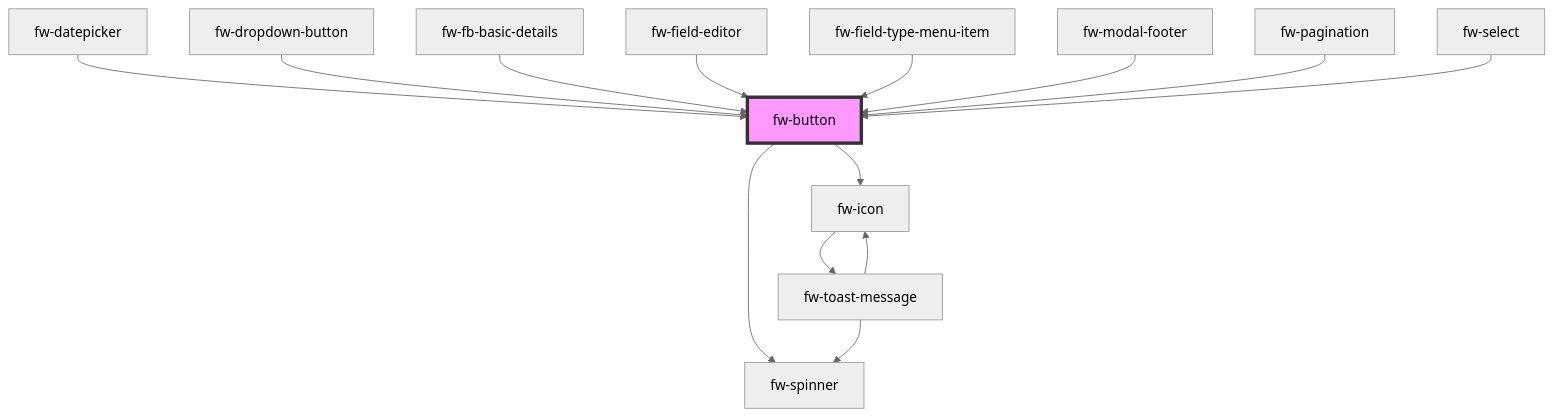
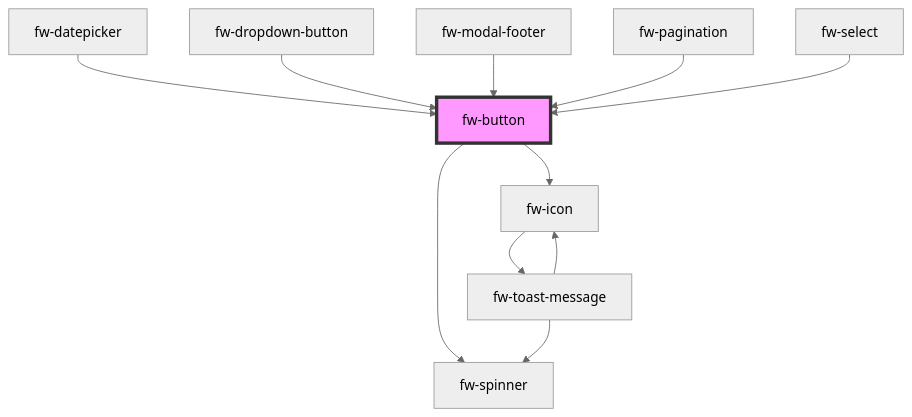
The diagram in packages/crayons-core/src/components/button/readme.md (freshworks/crayons), drawn with Mermaid (neutral theme) before and after one commit. The commit also changed other lines of this file and 29 other files, not shown here.

````diff
--- a/packages/crayons-core/src/components/button/readme.md
+++ b/packages/crayons-core/src/components/button/readme.md
@@ -321,17 +318,14 @@
 ```mermaid
 graph TD;
   fw-button --> fw-spinner
   fw-button --> fw-icon
   fw-icon --> fw-toast-message
   fw-toast-message --> fw-spinner
   fw-toast-message --> fw-icon
   fw-datepicker --> fw-button
   fw-dropdown-button --> fw-button
-  fw-fb-basic-details --> fw-button
-  fw-field-editor --> fw-button
-  fw-field-type-menu-item --> fw-button
   fw-modal-footer --> fw-button
   fw-pagination --> fw-button
   fw-select --> fw-button
   style fw-button fill:#f9f,stroke:#333,stroke-width:4px
 ```
````
